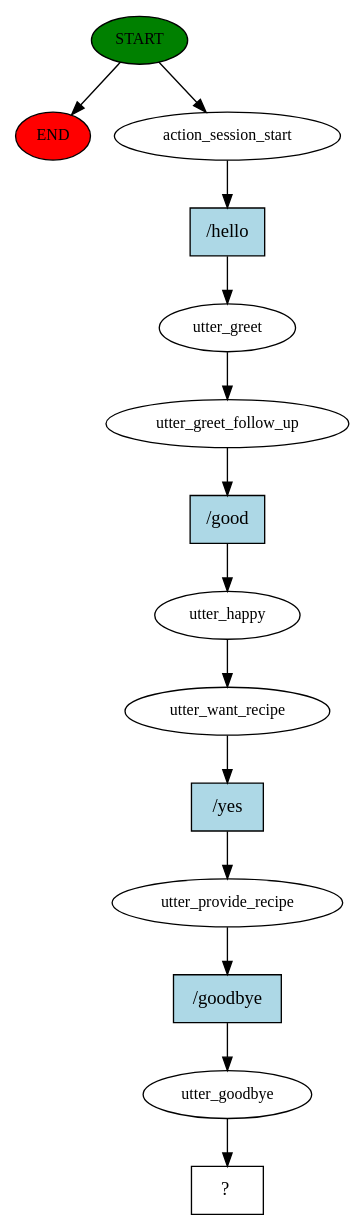
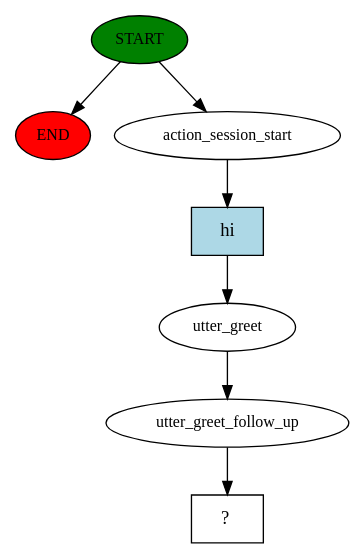
Before and after one commit to lamxw2/recipe-chatbot: the diagram in story_graph.dot, drawn with Graphviz. The commit also changed 5 other files, not shown here.

```diff
--- a/story_graph.dot
+++ b/story_graph.dot
@@ -1,29 +1,15 @@
 digraph  {
 0 [class="start active", fillcolor=green, fontsize=12, label=START, style=filled];
 "-1" [class=end, fillcolor=red, fontsize=12, label=END, style=filled];
 1 [class=active, fontsize=12, label=action_session_start];
 2 [class=active, fontsize=12, label=utter_greet];
 3 [class=active, fontsize=12, label=utter_greet_follow_up];
-4 [class=active, fontsize=12, label=utter_happy];
-5 [class=active, fontsize=12, label=utter_want_recipe];
-6 [class=active, fontsize=12, label=utter_provide_recipe];
-7 [class=active, fontsize=12, label=utter_goodbye];
-8 [class="intent dashed active", label="  ?  ", shape=rect];
-9 [class="intent active", fillcolor=lightblue, label="/hello", shape=rect, style=filled];
-10 [class="intent active", fillcolor=lightblue, label="/good", shape=rect, style=filled];
-11 [class="intent active", fillcolor=lightblue, label="/yes", shape=rect, style=filled];
-12 [class="intent active", fillcolor=lightblue, label="/goodbye", shape=rect, style=filled];
+4 [class="intent dashed active", label="  ?  ", shape=rect];
+5 [class="intent active", fillcolor=lightblue, label=hi, shape=rect, style=filled];
 0 -> "-1"  [class="", key=NONE, label=""];
 0 -> 1  [class=active, key=NONE, label=""];
-1 -> 9  [class=active, key=0];
+1 -> 5  [class=active, key=0];
 2 -> 3  [class=active, key=NONE, label=""];
-3 -> 10  [class=active, key=0];
-4 -> 5  [class=active, key=NONE, label=""];
-5 -> 11  [class=active, key=0];
-6 -> 12  [class=active, key=0];
-7 -> 8  [class=active, key=NONE, label=""];
-9 -> 2  [class=active, key=0];
-10 -> 4  [class=active, key=0];
-11 -> 6  [class=active, key=0];
-12 -> 7  [class=active, key=0];
+3 -> 4  [class=active, key=NONE, label=""];
+5 -> 2  [class=active, key=0];
 }
```
